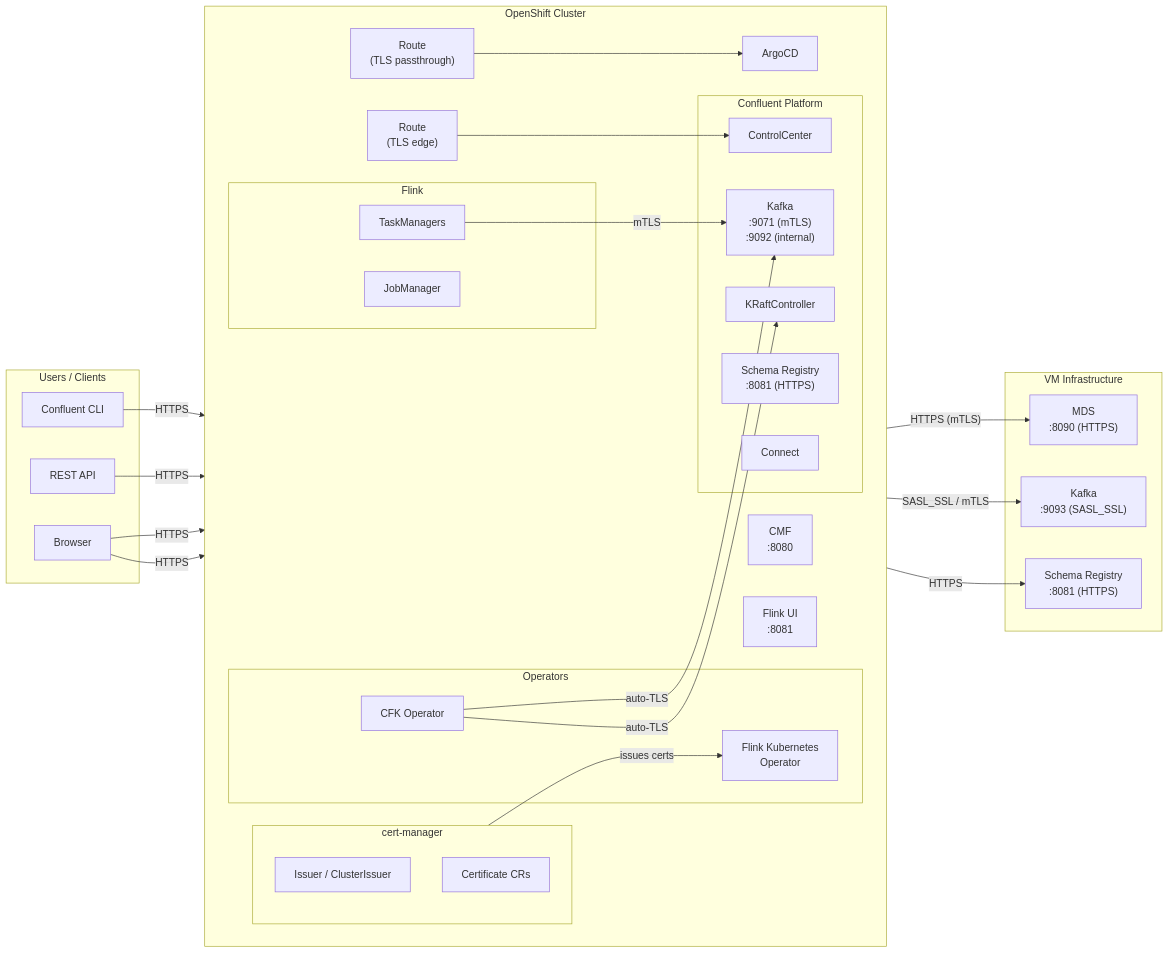
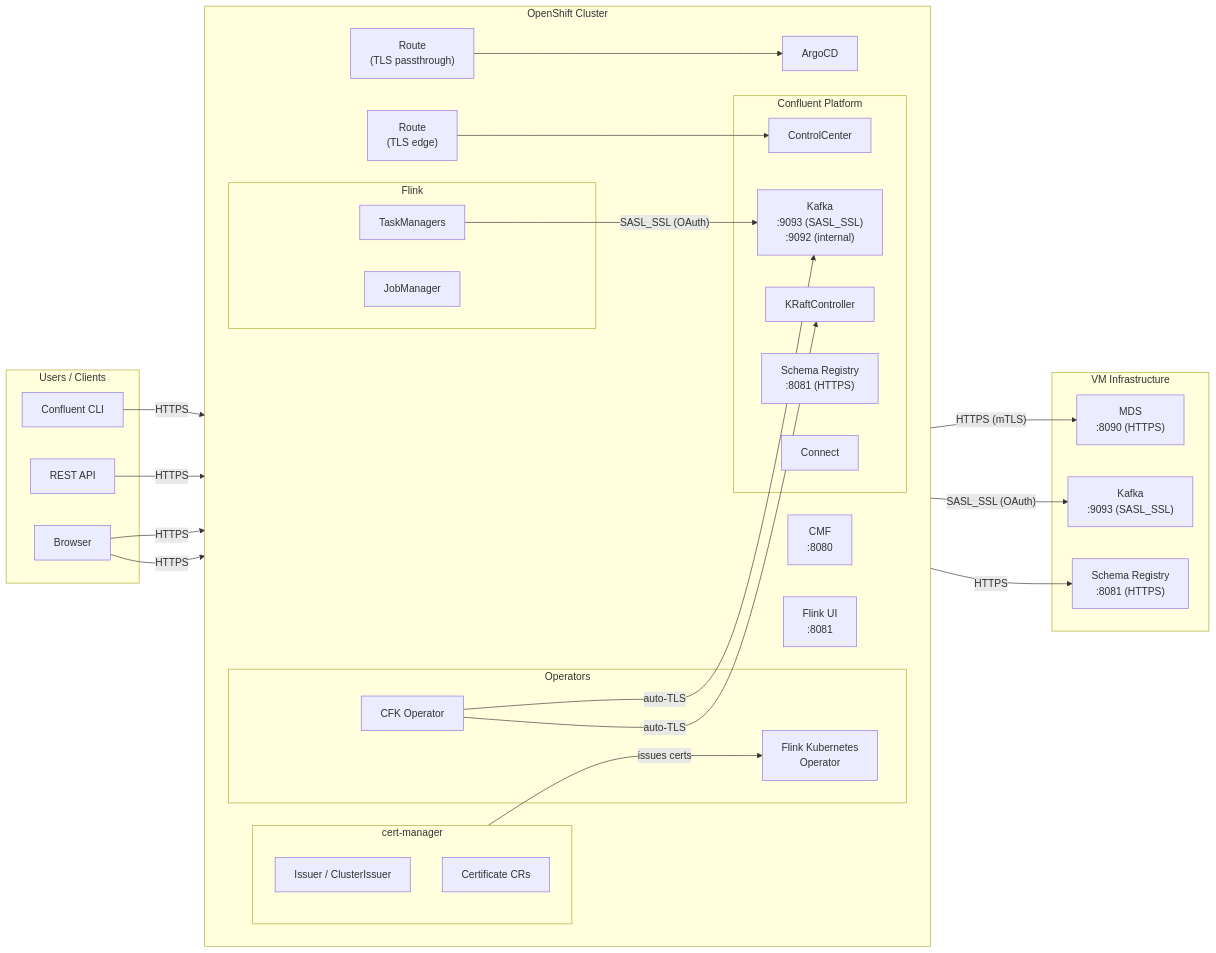
Before and after one commit to aadmassu/flink-on-k8s-with-cp: the first of 9 diagrams in docs/TLS.md, drawn with Mermaid. The commit also changed other lines of this file, not shown here.

First line of the commit message:
Update TLS doc: use SASL_SSL (OAuth) for Flink-to-Kafka connections

````diff
--- a/docs/TLS.md
+++ b/docs/TLS.md
@@ -15,60 +15,60 @@
 ```mermaid
 flowchart LR
     subgraph clients["Users / Clients"]
         cli["Confluent CLI"]
         rest["REST API"]
         browser["Browser"]
     end
 
     subgraph ocp["OpenShift Cluster"]
         direction LR
         route_argo["Route<br>(TLS passthrough)"]
         route_c3["Route<br>(TLS edge)"]
         argocd["ArgoCD"]
         cmf["CMF<br>:8080"]
         flink_ui["Flink UI<br>:8081"]
 
         subgraph operators["Operators"]
             fko["Flink Kubernetes<br>Operator"]
             cfk["CFK Operator"]
         end
 
         subgraph cp["Confluent Platform"]
-            kafka["Kafka<br>:9071 (mTLS)<br>:9092 (internal)"]
+            kafka["Kafka<br>:9093 (SASL_SSL)<br>:9092 (internal)"]
             kraft["KRaftController"]
             sr["Schema Registry<br>:8081 (HTTPS)"]
             connect["Connect"]
             c3["ControlCenter"]
         end
 
         subgraph flink["Flink"]
             jm["JobManager"]
             tm["TaskManagers"]
         end
 
         subgraph certmgr["cert-manager"]
             issuer["Issuer / ClusterIssuer"]
             certs["Certificate CRs"]
         end
     end
 
     subgraph vms["VM Infrastructure"]
         mds["MDS<br>:8090 (HTTPS)"]
         kafka_vm["Kafka<br>:9093 (SASL_SSL)"]
         sr_vm["Schema Registry<br>:8081 (HTTPS)"]
     end
 
     cli -->|"HTTPS"| cmf
     rest -->|"HTTPS"| cmf
     browser -->|"HTTPS"| route_argo --> argocd
     browser -->|"HTTPS"| route_c3 --> c3
 
     cmf -->|"HTTPS (mTLS)"| mds
-    tm -->|"SASL_SSL / mTLS"| kafka_vm
+    tm -->|"SASL_SSL (OAuth)"| kafka_vm
     tm -->|"HTTPS"| sr_vm
-    tm -->|"mTLS"| kafka
+    tm -->|"SASL_SSL (OAuth)"| kafka
 
     certmgr -->|"issues certs"| fko
     cfk -->|"auto-TLS"| kafka
     cfk -->|"auto-TLS"| kraft
 ```
````
